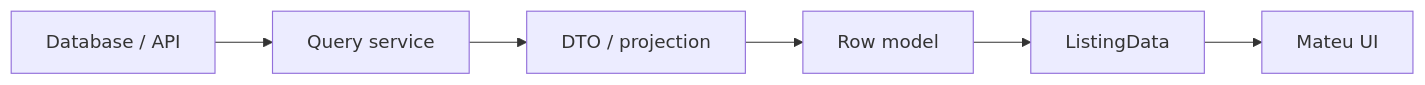
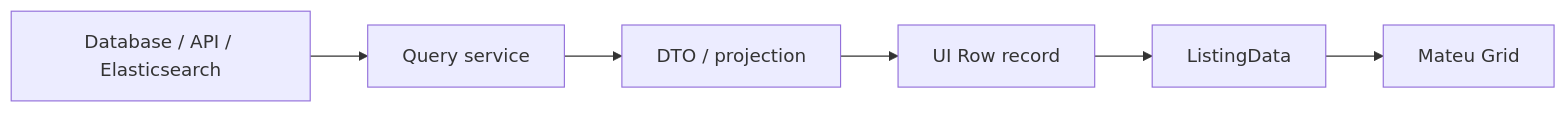
Before and after one commit to miguelperezcolom/mateu: the third of 3 diagrams in doc/src/content/docs/java-user-manual/real-world/mateu-in-hexagonal-architecture.md, drawn with Mermaid. The commit also changed other lines of this file and 80 other files, not shown here.

````diff
--- a/doc/src/content/docs/java-user-manual/real-world/mateu-in-hexagonal-architecture.md
+++ b/doc/src/content/docs/java-user-manual/real-world/mateu-in-hexagonal-architecture.md
@@ -116,8 +100,8 @@
 ```mermaid
 flowchart LR
-    DB["Database / API"] --> QS["Query service"]
+    DB["Database / API / Elasticsearch"] --> QS["Query service"]
     QS --> DTO["DTO / projection"]
-    DTO --> Row["Row model"]
+    DTO --> Row["UI Row record"]
     Row --> LD["ListingData"]
-    LD --> UI["Mateu UI"]
+    LD --> UI["Mateu Grid"]
 ```
````
